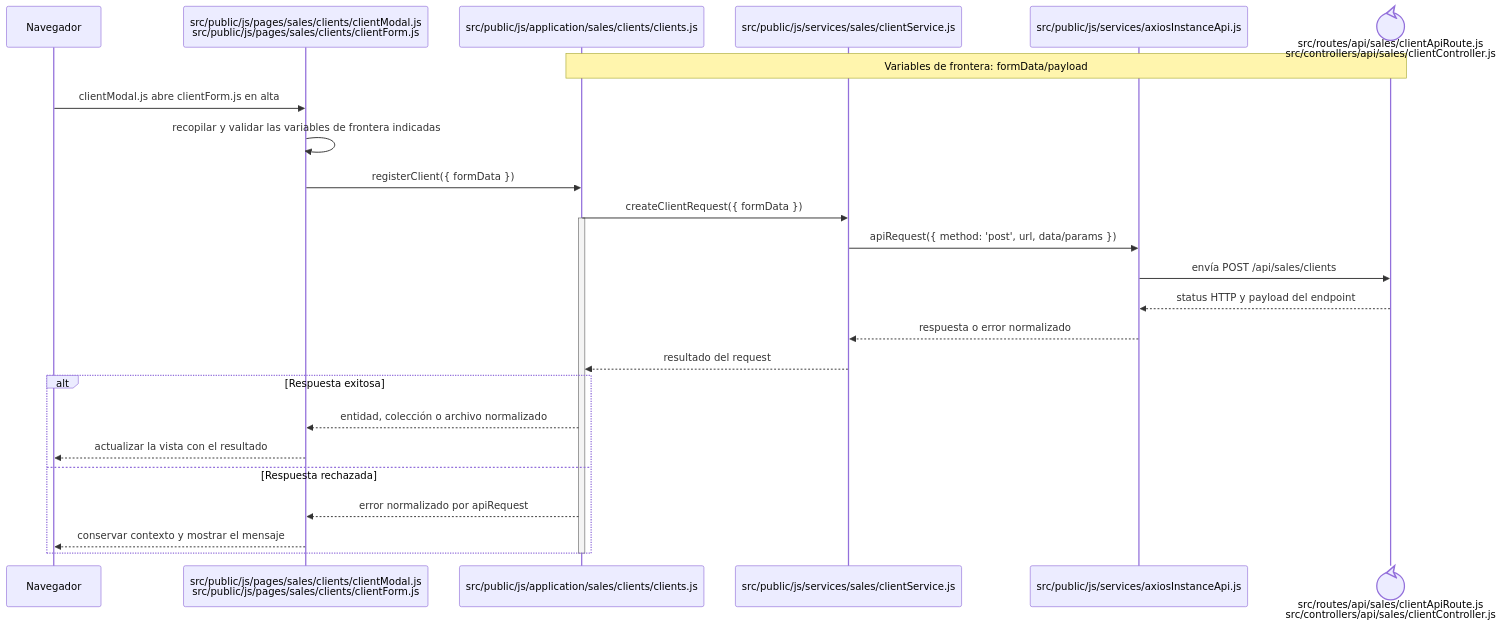
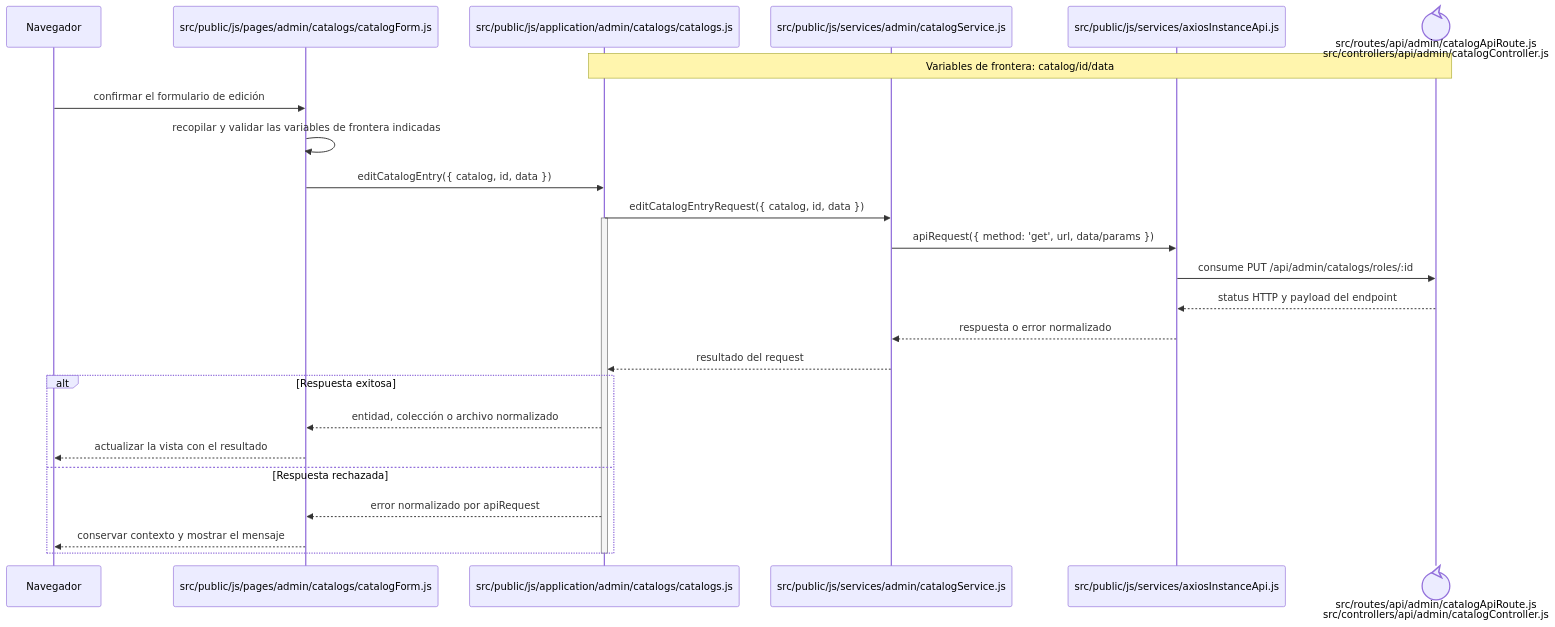
The diagram in docs/architecture/frontend-code-sequences/catalogs/cu-cat-15.md (gpgsistemas01/nexus), drawn with Mermaid before and after one commit. The commit also changed other lines of this file and 287 other files, not shown here.

````diff
--- a/docs/architecture/frontend-code-sequences/catalogs/cu-cat-15.md
+++ b/docs/architecture/frontend-code-sequences/catalogs/cu-cat-15.md
@@ -6,29 +6,29 @@
 ```mermaid
 sequenceDiagram
     participant Browser as Navegador
-    participant View as src/public/js/pages/sales/clients/clientModal.js<br/>src/public/js/pages/sales/clients/clientForm.js
-    participant Application as src/public/js/application/sales/clients/clients.js
-    participant Request as src/public/js/services/sales/clientService.js
+    participant View as src/public/js/pages/admin/catalogs/catalogForm.js
+    participant Application as src/public/js/application/admin/catalogs/catalogs.js
+    participant Request as src/public/js/services/admin/catalogService.js
     participant HTTP as src/public/js/services/axiosInstanceApi.js
-    participant Transport@{ "type": "control" } as src/routes/api/sales/clientApiRoute.js<br/>src/controllers/api/sales/clientController.js
-    Note over Application,Transport: Variables de frontera: formData/payload
+    participant Transport@{ "type": "control" } as src/routes/api/admin/catalogApiRoute.js<br/>src/controllers/api/admin/catalogController.js
+    Note over Application,Transport: Variables de frontera: catalog/id/data
 
-    Browser->>View: clientModal.js abre clientForm.js en alta
+    Browser->>View: confirmar el formulario de edición
     View->>View: recopilar y validar las variables de frontera indicadas
-    View->>Application: registerClient({ formData })
-    Application->>Request: createClientRequest({ formData })
+    View->>Application: editCatalogEntry({ catalog, id, data })
+    Application->>Request: editCatalogEntryRequest({ catalog, id, data })
     activate Application
-    Request->>HTTP: apiRequest({ method: 'post', url, data/params })
-    HTTP->>Transport: envía POST /api/sales/clients
+    Request->>HTTP: apiRequest({ method: 'get', url, data/params })
+    HTTP->>Transport: consume PUT /api/admin/catalogs/roles/:id
     Transport-->>HTTP: status HTTP y payload del endpoint
     HTTP-->>Request: respuesta o error normalizado
     Request-->>Application: resultado del request
     alt Respuesta exitosa
         Application-->>View: entidad, colección o archivo normalizado
         View-->>Browser: actualizar la vista con el resultado
     else Respuesta rechazada
         Application-->>View: error normalizado por apiRequest
         View-->>Browser: conservar contexto y mostrar el mensaje
     end
     deactivate Application
 ```
````
